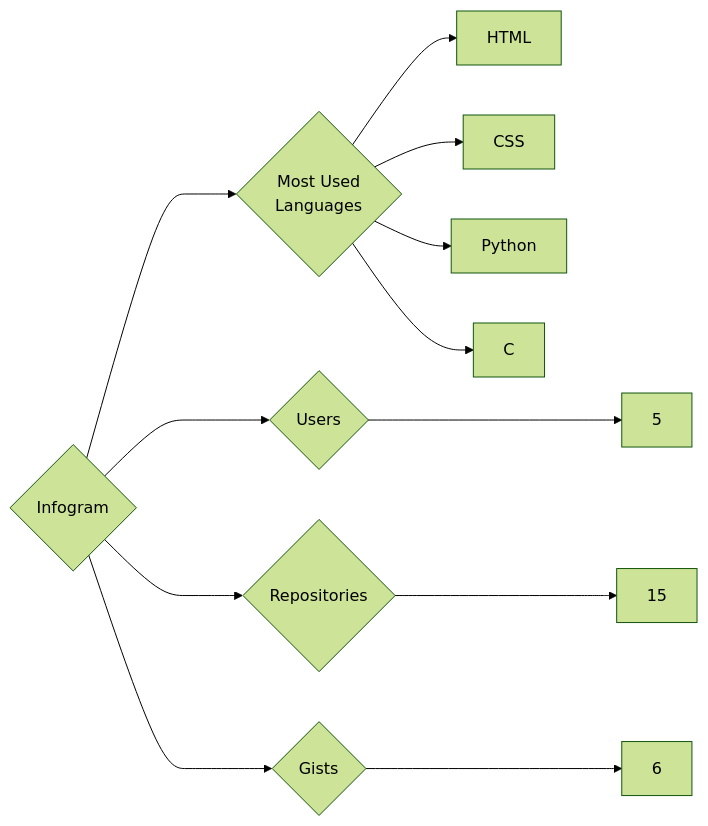
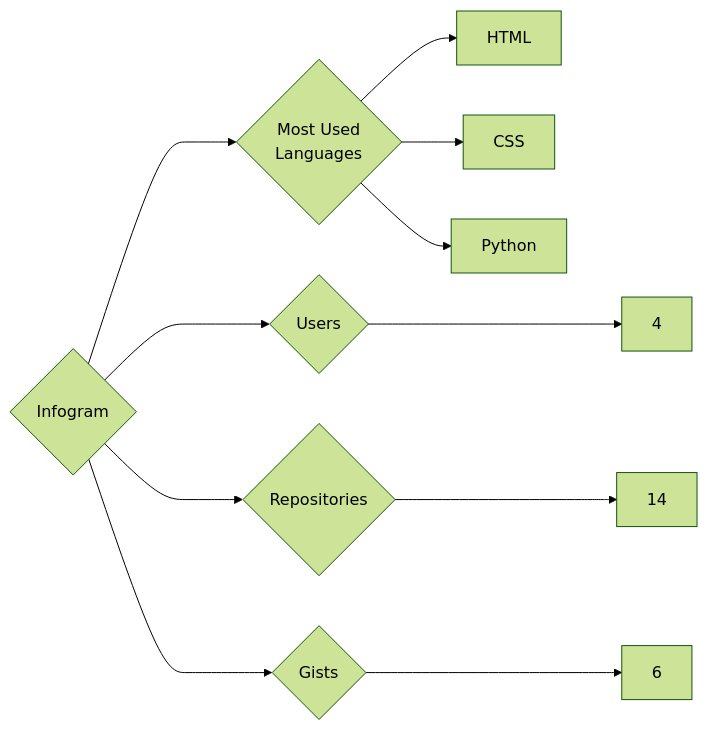
One commit to trickest/insiders changed the diagram in targets/Infogram/README.md. Above: the diagram before and after it, drawn with Mermaid (forest theme). The commit also changed 1088 other files, not shown here.

````diff
--- a/targets/Infogram/README.md
+++ b/targets/Infogram/README.md
@@ -3,12 +3,11 @@
 ```mermaid
 graph LR
 COMPANY_NAME{Infogram}
-COMPANY_NAME ---> U{Users} ---> UN[5]
-COMPANY_NAME ---> R{Repositories} ---> RN[15]
+COMPANY_NAME ---> U{Users} ---> UN[4]
+COMPANY_NAME ---> R{Repositories} ---> RN[14]
 COMPANY_NAME ---> G{Gists} ---> GN[6]
 COMPANY_NAME ---> ML{Most Used<br>Languages}
 ML --> HTML[HTML]
 ML --> CSS[CSS]
 ML --> Python[Python]
-ML --> C[C]
 ```
````
